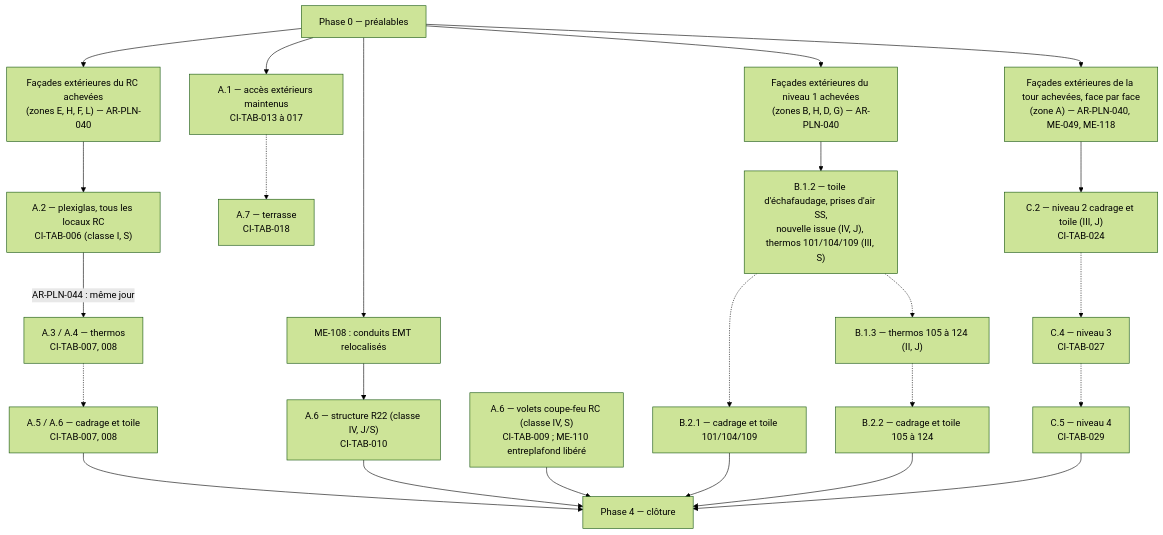
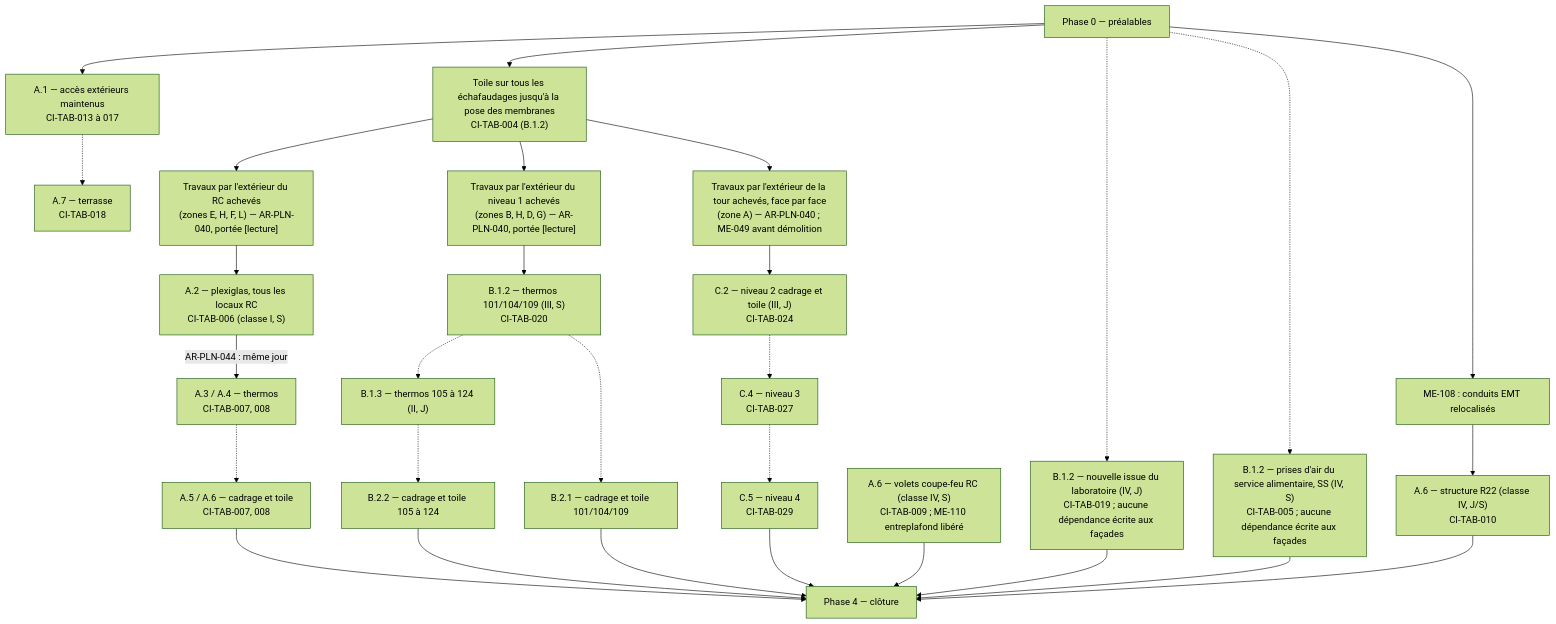
One commit to GLCRM/Chandler changed the fourth of 4 diagrams in analyse/03-phasage.md. Above: the diagram before and after it, drawn with Mermaid (forest theme). The commit also changed other lines of this file, not shown here.

Commit message:
Corriger le diagramme du découpage B : la toile d'échafaudage précède les façades
Le nœud B.1.2 regroupait la toile d'échafaudage (CI-TAB-004, « jusqu'au
moment de la pose des membranes ») derrière une flèche « façades
achevées », ce qui inversait la dépendance écrite ; la nouvelle issue et
les prises d'air du sous-sol n'ont aucune dépendance écrite aux façades.

Claude-Session: https://claude.ai/code/session_015C4NLq2AzqLAX7gQBC3Prk

````diff
--- a/analyse/03-phasage.md
+++ b/analyse/03-phasage.md
@@ -459,25 +459,30 @@
 ```mermaid
 flowchart TD
     P0["Phase 0 — préalables"] --> A1["A.1 — accès extérieurs maintenus<br/>CI-TAB-013 à 017"]
-    P0 --> EXT_RC["Façades extérieures du RC achevées<br/>(zones E, H, F, L) — AR-PLN-040"]
-    P0 --> EXT_N1["Façades extérieures du niveau 1 achevées<br/>(zones B, H, D, G) — AR-PLN-040"]
-    P0 --> EXT_T["Façades extérieures de la tour achevées, face par face<br/>(zone A) — AR-PLN-040, ME-049, ME-118"]
+    P0 --> TOILE["Toile sur tous les échafaudages jusqu'à la pose des membranes<br/>CI-TAB-004 (B.1.2)"]
+    TOILE --> EXT_RC["Travaux par l'extérieur du RC achevés<br/>(zones E, H, F, L) — AR-PLN-040, portée [lecture]"]
+    TOILE --> EXT_N1["Travaux par l'extérieur du niveau 1 achevés<br/>(zones B, H, D, G) — AR-PLN-040, portée [lecture]"]
+    TOILE --> EXT_T["Travaux par l'extérieur de la tour achevés, face par face<br/>(zone A) — AR-PLN-040 ; ME-049 avant démolition"]
+    P0 -.-> ISSUE["B.1.2 — nouvelle issue du laboratoire (IV, J)<br/>CI-TAB-019 ; aucune dépendance écrite aux façades"]
+    P0 -.-> PASS["B.1.2 — prises d'air du service alimentaire, SS (IV, S)<br/>CI-TAB-005 ; aucune dépendance écrite aux façades"]
     EXT_RC --> A2["A.2 — plexiglas, tous les locaux RC<br/>CI-TAB-006 (classe I, S)"]
     A2 -->|"AR-PLN-044 : même jour"| A3["A.3 / A.4 — thermos<br/>CI-TAB-007, 008"]
     A3 -.-> A5["A.5 / A.6 — cadrage et toile<br/>CI-TAB-007, 008"]
     P0 --> R22P["ME-108 : conduits EMT relocalisés"] --> A6S["A.6 — structure R22 (classe IV, J/S)<br/>CI-TAB-010"]
     A6V["A.6 — volets coupe-feu RC (classe IV, S)<br/>CI-TAB-009 ; ME-110 entreplafond libéré"]
     A1 -.-> A7["A.7 — terrasse<br/>CI-TAB-018"]
-    EXT_N1 --> B12["B.1.2 — toile d'échafaudage, prises d'air SS,<br/>nouvelle issue (IV, J), thermos 101/104/109 (III, S)"]
+    EXT_N1 --> B12["B.1.2 — thermos 101/104/109 (III, S)<br/>CI-TAB-020"]
     B12 -.-> B13["B.1.3 — thermos 105 à 124 (II, J)"]
     B12 -.-> B21["B.2.1 — cadrage et toile 101/104/109"]
     B13 -.-> B22["B.2.2 — cadrage et toile 105 à 124"]
     EXT_T --> C2["C.2 — niveau 2 cadrage et toile (III, J)<br/>CI-TAB-024"]
     C2 -.-> C4["C.4 — niveau 3<br/>CI-TAB-027"] -.-> C5["C.5 — niveau 4<br/>CI-TAB-029"]
     A5 --> P4["Phase 4 — clôture"]
     A6S --> P4
     A6V --> P4
     B21 --> P4
     B22 --> P4
+    ISSUE --> P4
+    PASS --> P4
     C5 --> P4
 ```
````
